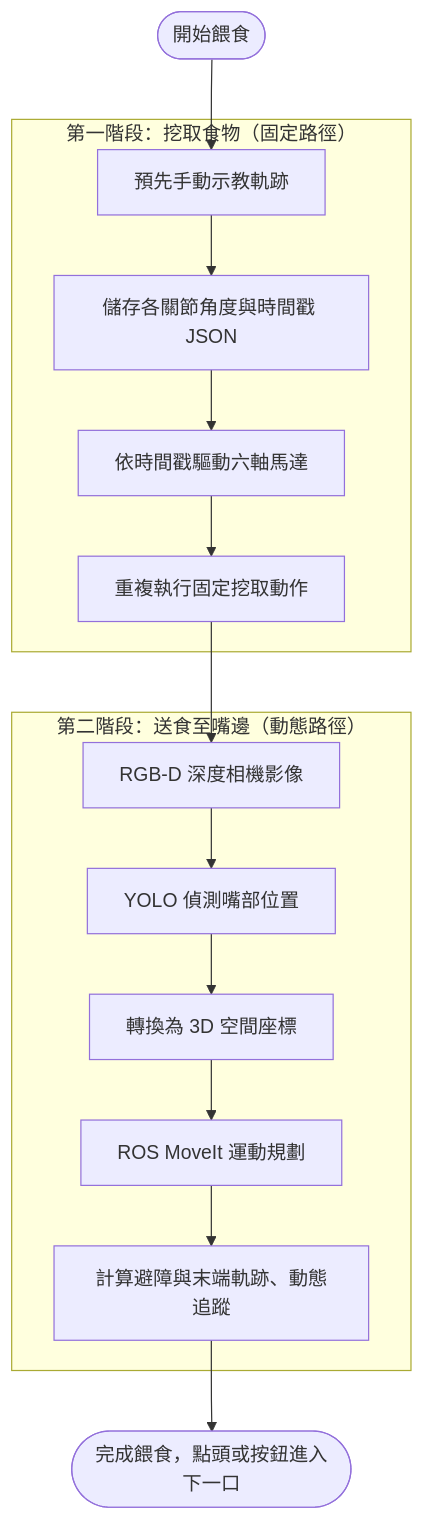
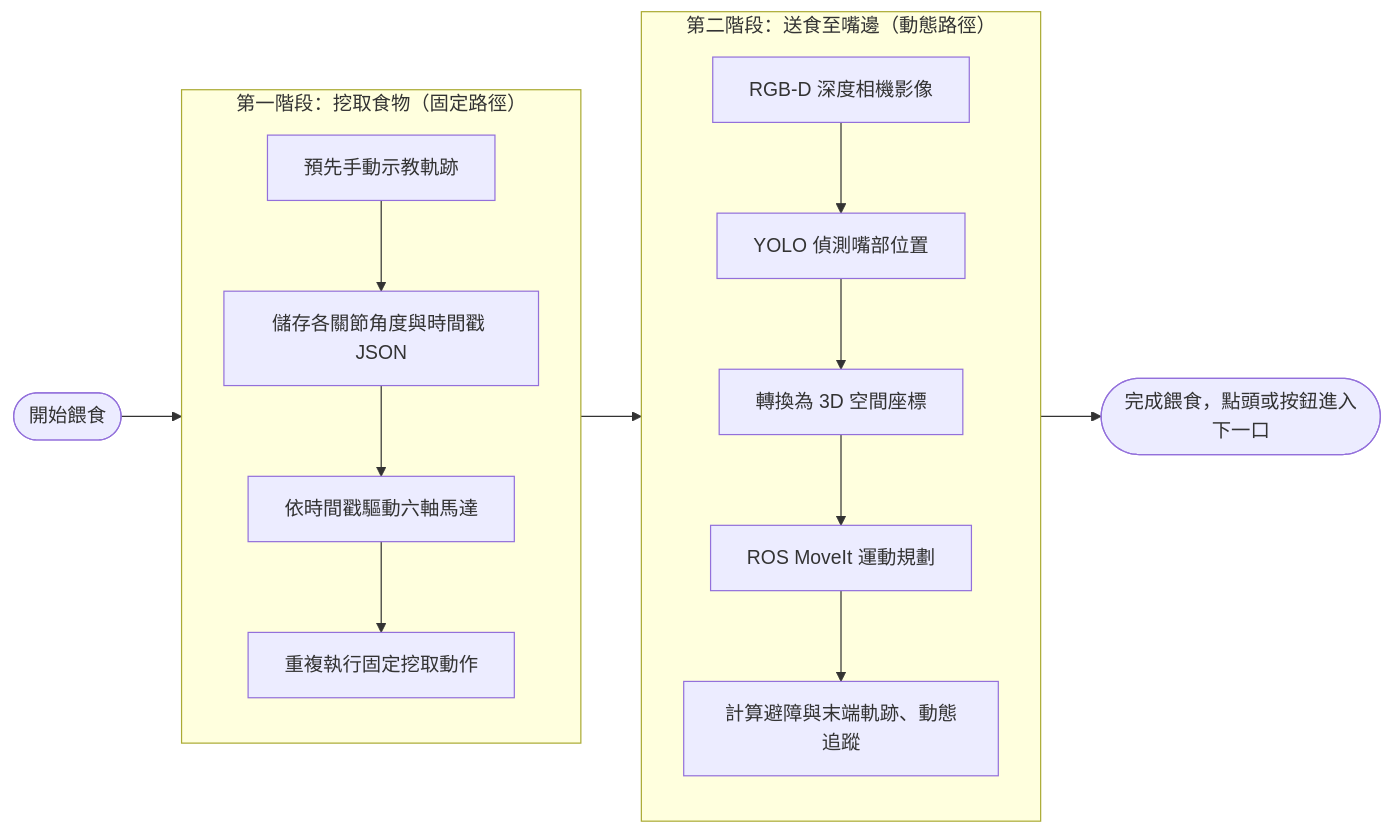
Before and after one commit to lewisliu2005/My-resume: the diagram in projects/03-feeding-robot/README.md, drawn with Mermaid.

Commit message:
Render fish formula as text and lay out feeding flowchart side by side

````diff
--- a/projects/03-feeding-robot/README.md
+++ b/projects/03-feeding-robot/README.md
@@ -25,17 +25,19 @@
 ```mermaid
-flowchart TB
+flowchart LR
     S([開始餵食]) --> A
     subgraph P1["第一階段：挖取食物（固定路徑）"]
+        direction TB
         A[預先手動示教軌跡] --> B[儲存各關節角度與時間戳 JSON]
         B --> C[依時間戳驅動六軸馬達]
         C --> D[重複執行固定挖取動作]
     end
     D --> E
     subgraph P2["第二階段：送食至嘴邊（動態路徑）"]
+        direction TB
         E[RGB-D 深度相機影像] --> F[YOLO 偵測嘴部位置]
         F --> G[轉換為 3D 空間座標]
         G --> H[ROS MoveIt 運動規劃]
         H --> I[計算避障與末端軌跡、動態追蹤]
     end
     I --> J([完成餵食，點頭或按鈕進入下一口])
 ```
````
